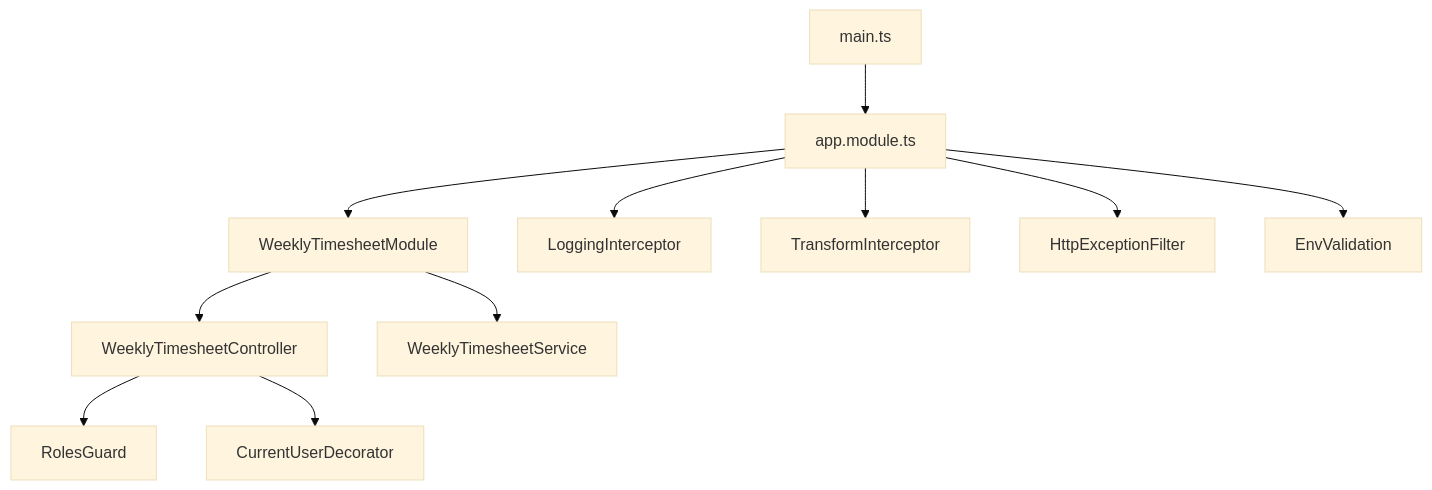
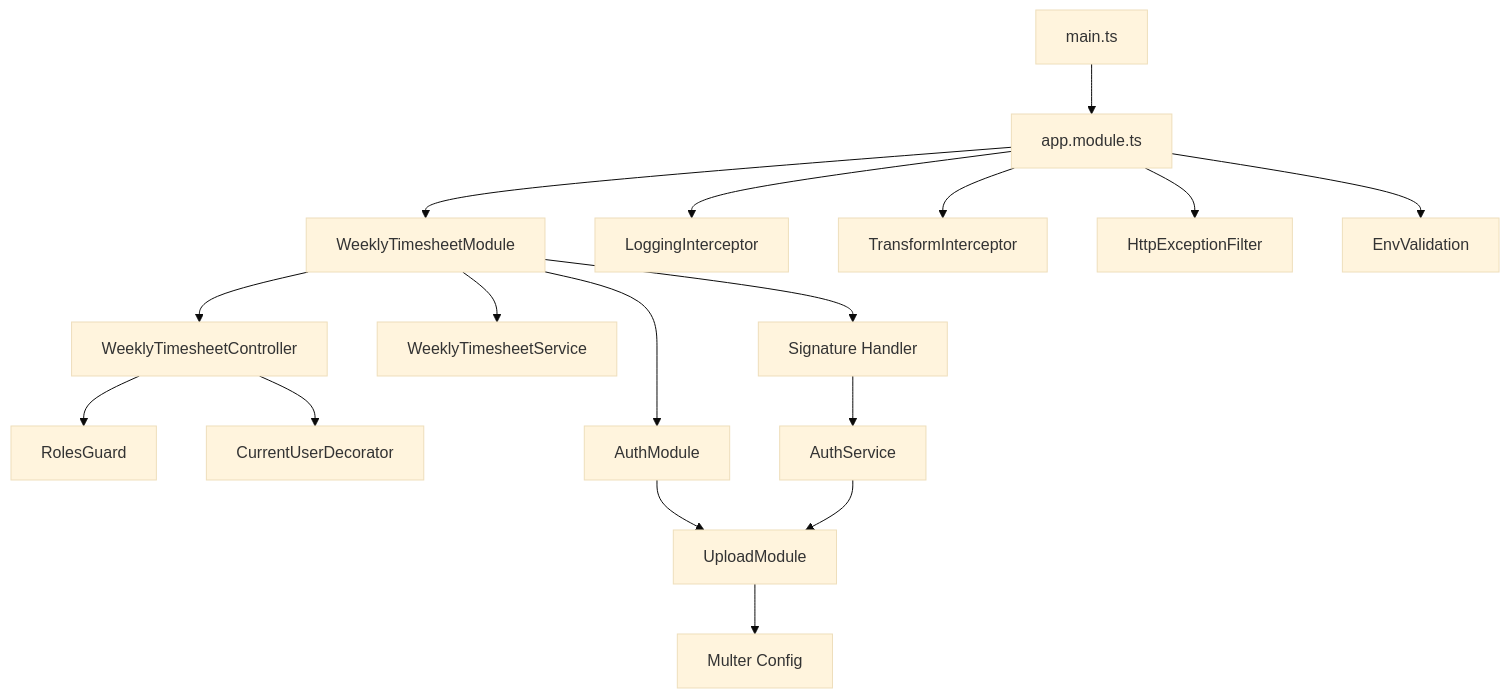
One commit to RobertRuas/windlog changed the tenth of 10 diagrams in .qoder/repowiki/en/content/Arquitetura Backend/Módulos do Sistema/Timesheet Semanal - Módulo Backend.md. Above: the diagram before and after it, drawn with Mermaid (base theme). The commit also changed other lines of this file and 136 other files, not shown here.

````diff
--- a/.qoder/repowiki/en/content/Arquitetura Backend/Módulos do Sistema/Timesheet Semanal - Módulo Backend.md
+++ b/.qoder/repowiki/en/content/Arquitetura Backend/Módulos do Sistema/Timesheet Semanal - Módulo Backend.md
@@ -345,13 +567,19 @@
 ```mermaid
 graph TB
 Main["main.ts"] --> AppModule["app.module.ts"]
 AppModule --> WeeklyModule["WeeklyTimesheetModule"]
 WeeklyModule --> Controller["WeeklyTimesheetController"]
 WeeklyModule --> Service["WeeklyTimesheetService"]
 Controller --> Guard["RolesGuard"]
 Controller --> Decorator["CurrentUserDecorator"]
 AppModule --> Logging["LoggingInterceptor"]
 AppModule --> Transform["TransformInterceptor"]
 AppModule --> Filter["HttpExceptionFilter"]
 AppModule --> Env["EnvValidation"]
+WeeklyModule --> AuthModule["AuthModule"]
+AuthModule --> UploadModule["UploadModule"]
+UploadModule --> Multer["Multer Config"]
+WeeklyModule --> SignatureModule["Signature Handler"]
+SignatureModule --> AuthService
+AuthService --> UploadModule
 ```
````
